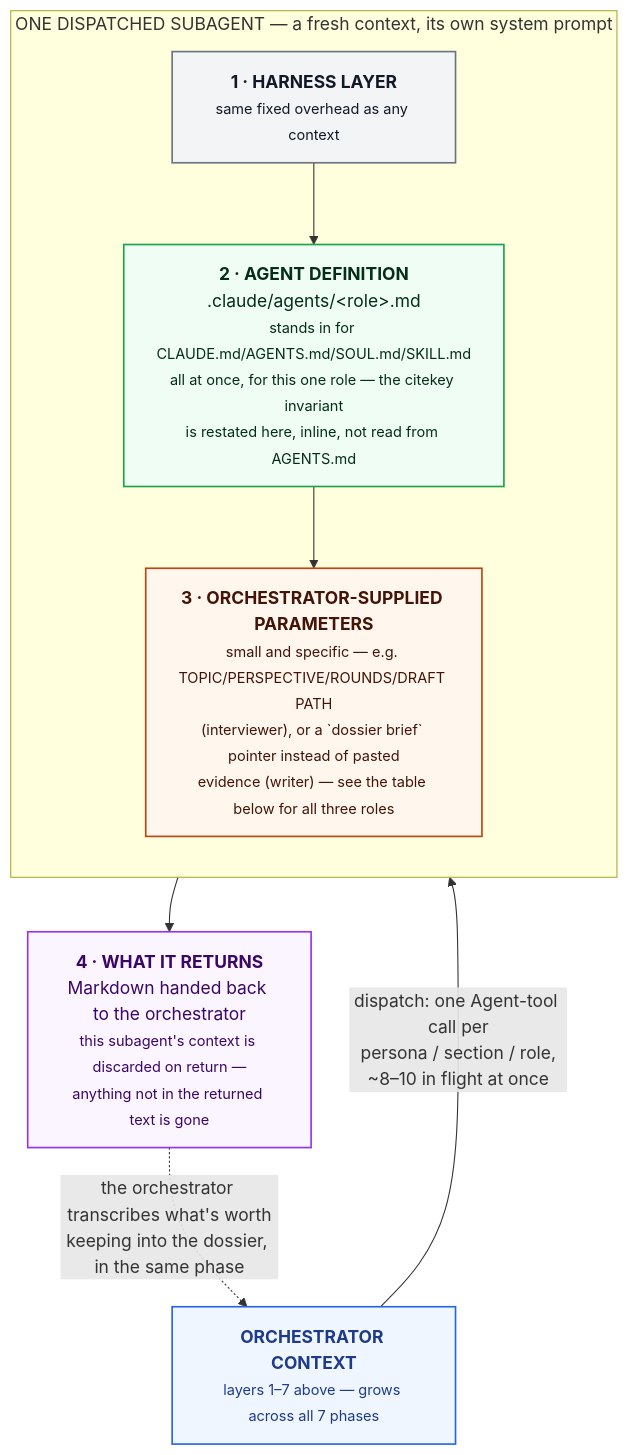
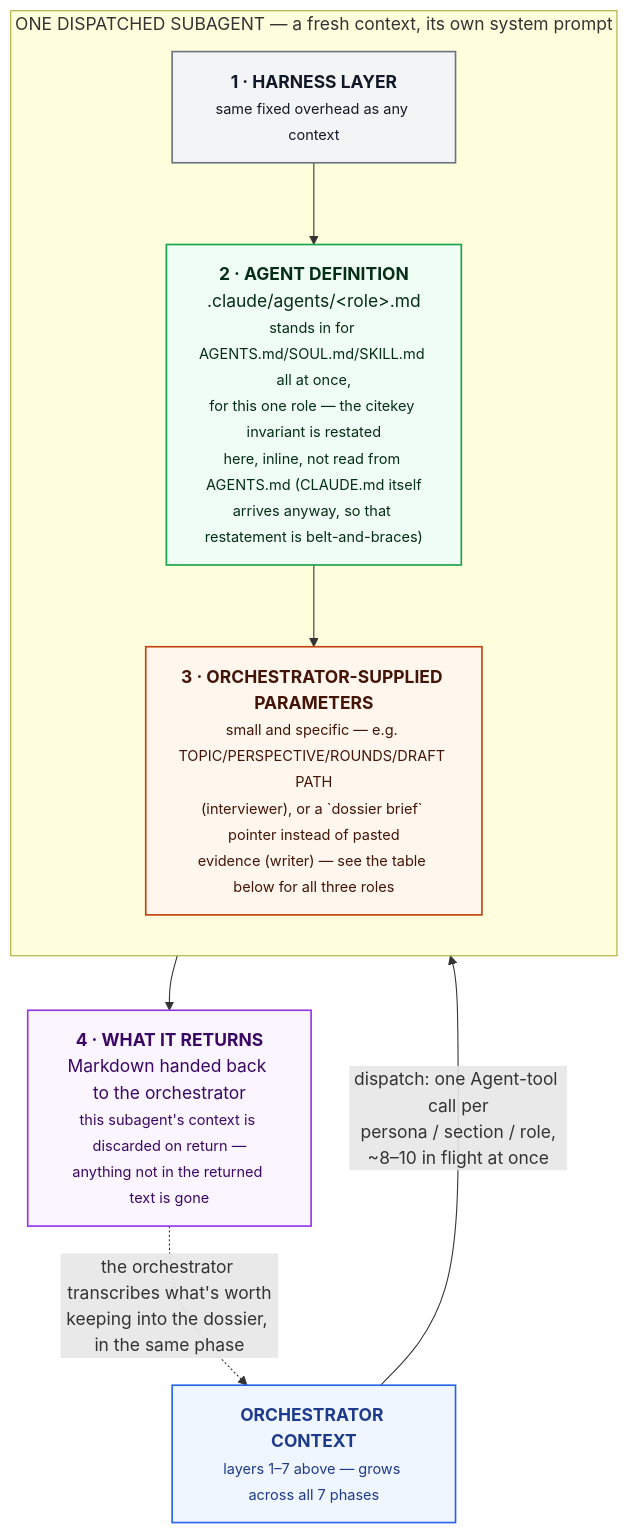
The third of 3 diagrams in docs/PROMPTS.md (prasadtalasila/chitragupta), drawn with Mermaid before and after one commit. The commit also changed other lines of this file and 2 other files, not shown here.

````diff
--- a/docs/PROMPTS.md
+++ b/docs/PROMPTS.md
@@ -164,30 +167,30 @@
 ```mermaid
 flowchart TB
   ORCH["<b>ORCHESTRATOR CONTEXT</b><br/><small>layers 1–7 above — grows across all 7 phases</small>"]
 
   subgraph SUB["ONE DISPATCHED SUBAGENT — a fresh context, its own system prompt"]
     direction TB
     H["<b>1 · HARNESS LAYER</b><br/><small>same fixed overhead as any context</small>"]
-    DEF["<b>2 · AGENT DEFINITION</b><br/>.claude/agents/&lt;role&gt;.md<br/><small>stands in for CLAUDE.md/AGENTS.md/SOUL.md/SKILL.md<br/>all at once, for this one role — the citekey invariant<br/>is restated here, inline, not read from AGENTS.md</small>"]
+    DEF["<b>2 · AGENT DEFINITION</b><br/>.claude/agents/&lt;role&gt;.md<br/><small>stands in for AGENTS.md/SOUL.md/SKILL.md all at once,<br/>for this one role — the citekey invariant is restated<br/>here, inline, not read from AGENTS.md (CLAUDE.md itself<br/>arrives anyway, so that restatement is belt-and-braces)</small>"]
     PARAMS["<b>3 · ORCHESTRATOR-SUPPLIED PARAMETERS</b><br/><small>small and specific — e.g. TOPIC/PERSPECTIVE/ROUNDS/DRAFT PATH<br/>(interviewer), or a `dossier brief` pointer instead of pasted<br/>evidence (writer) — see the table below for all three roles</small>"]
     H --> DEF --> PARAMS
   end
 
   RET["<b>4 · WHAT IT RETURNS</b><br/>Markdown handed back to the orchestrator<br/><small>this subagent's context is discarded on return —<br/>anything not in the returned text is gone</small>"]
 
   ORCH -- "dispatch: one Agent-tool call per<br/>persona / section / role,<br/>~8–10 in flight at once" --> H
   PARAMS --> RET
   RET -. "the orchestrator transcribes what's worth<br/>keeping into the dossier, in the same phase" .-> ORCH
 
   classDef orch fill:#eff6ff,stroke:#2563eb,stroke-width:1.5px,color:#1e3a8a
   classDef harness fill:#f3f4f6,stroke:#6b7280,stroke-width:1.5px,color:#111827
   classDef def fill:#f0fdf4,stroke:#16a34a,stroke-width:1.5px,color:#052e16
   classDef params fill:#fff7ed,stroke:#c2410c,stroke-width:1.5px,color:#431407
   classDef ret fill:#faf5ff,stroke:#9333ea,stroke-width:1.5px,color:#3b0764
 
   class ORCH orch
   class H harness
   class DEF def
   class PARAMS params
   class RET ret
 ```
````
